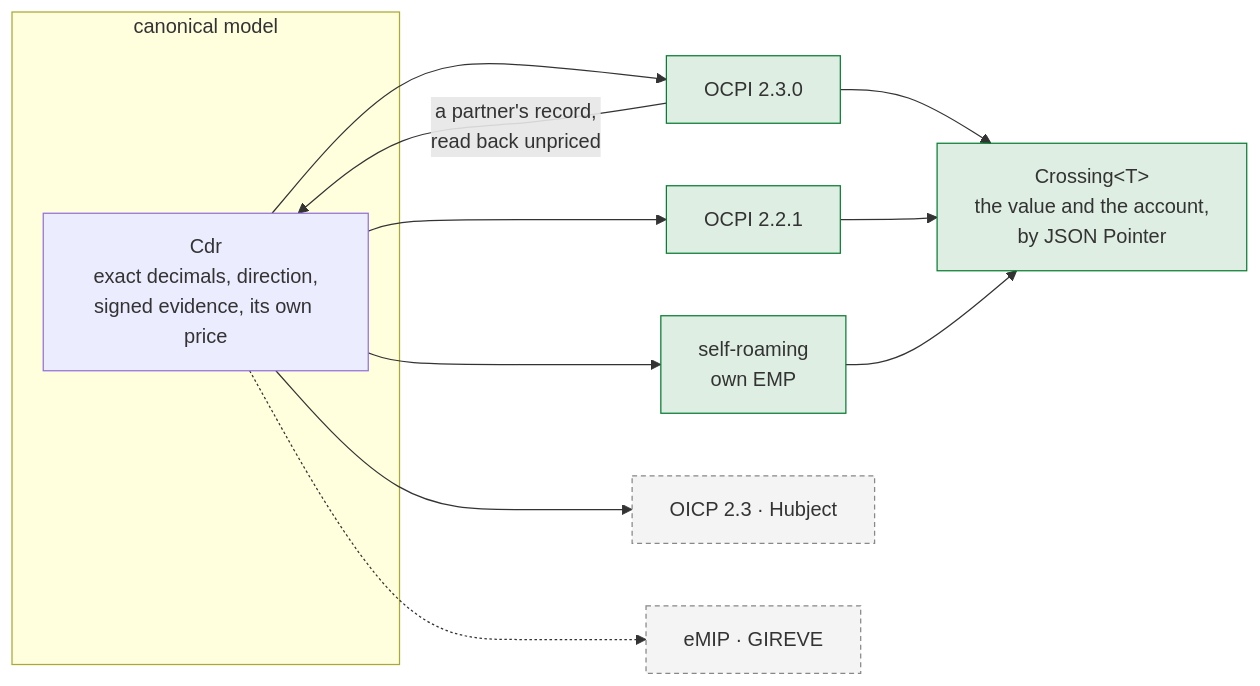
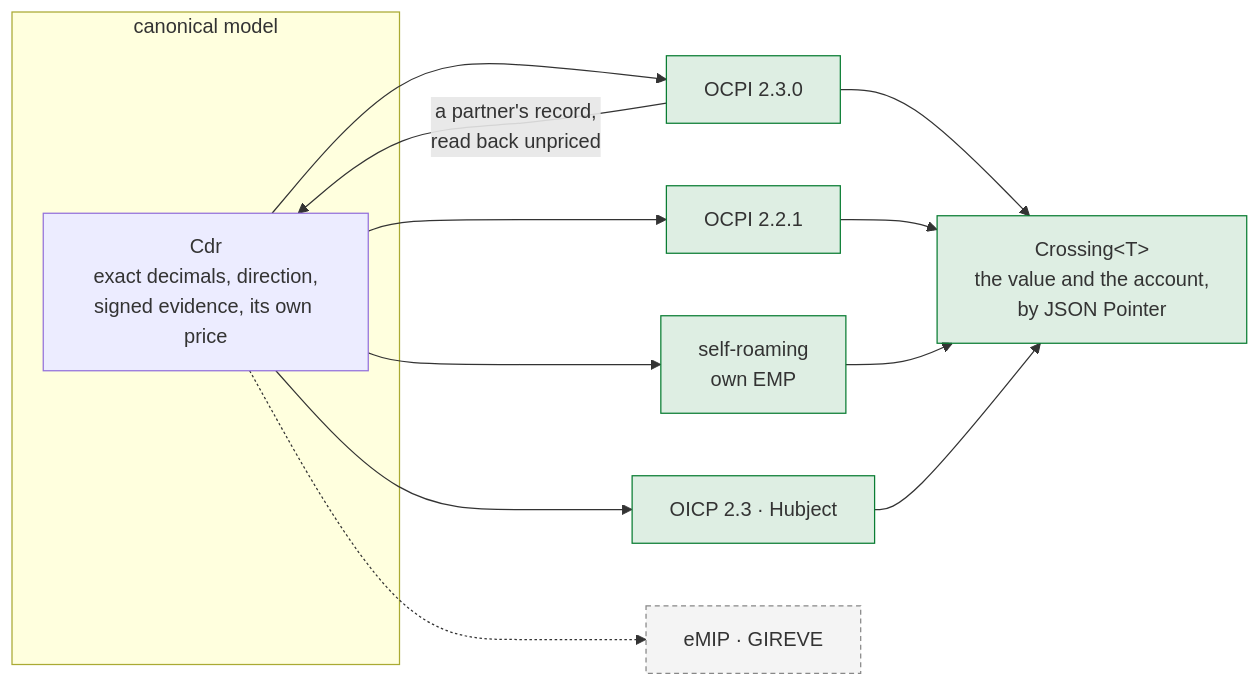
One commit to hupe1980/emob changed the diagram in site/content/docs/roaming.md. Above: the diagram before and after it, drawn with Mermaid. The commit also changed other lines of this file and 223 other files, not shown here.

````diff
--- a/site/content/docs/roaming.md
+++ b/site/content/docs/roaming.md
@@ -27,22 +26,23 @@
 ```mermaid
 flowchart LR
     subgraph canon["canonical model"]
         CDR["Cdr<br/>exact decimals, direction,<br/>signed evidence, its own price"]
     end
 
     CDR --> X23["OCPI 2.3.0"]
     CDR --> X22["OCPI 2.2.1"]
     CDR --> SELF["self-roaming<br/>own EMP"]
     CDR --> OICP["OICP 2.3 · Hubject"]
     CDR -.-> EMIP["eMIP · GIREVE"]
 
     X23 --> ACC["Crossing&lt;T&gt;<br/>the value and the account,<br/>by JSON Pointer"]
     X22 --> ACC
     SELF --> ACC
+    OICP --> ACC
     X23 -->|"a partner's record,<br/>read back unpriced"| CDR
 
     classDef built fill:#0a7d3322,stroke:#0a7d33
     classDef planned fill:#88888818,stroke:#888,stroke-dasharray:4 3
-    class X23,X22,SELF,ACC built
-    class OICP,EMIP planned
+    class X23,X22,SELF,ACC,OICP built
+    class EMIP planned
 ```
````
